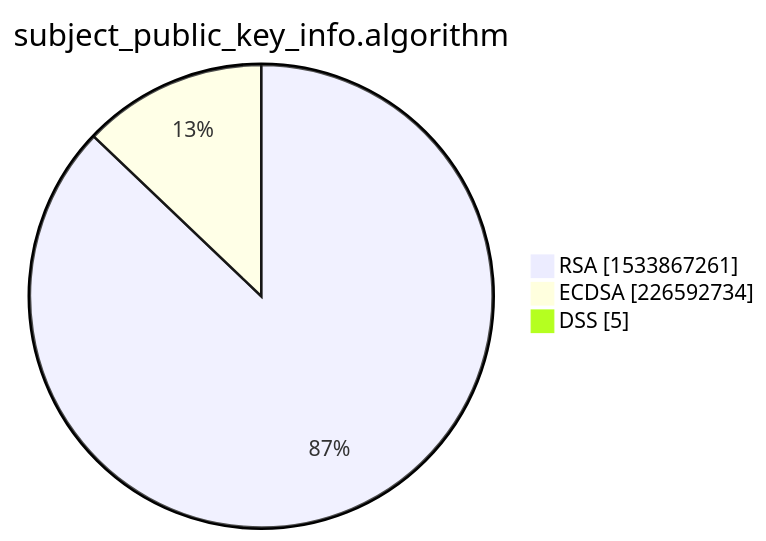
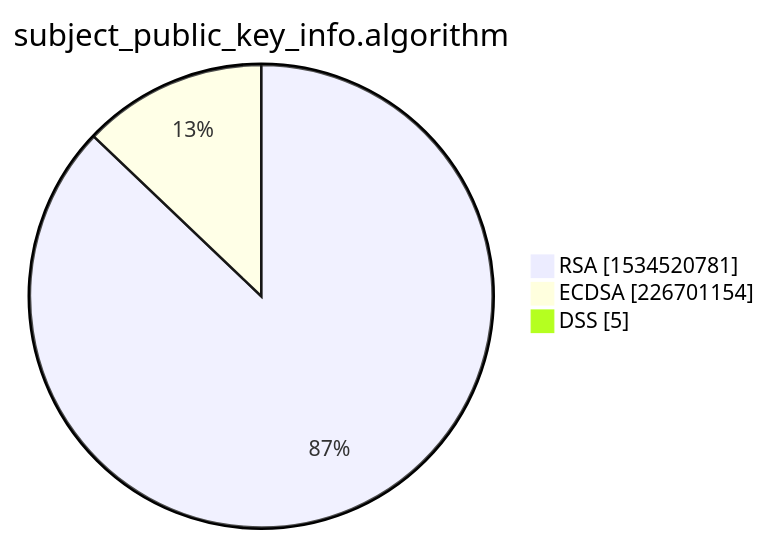
One commit to christiankrug/ctmonitor_visualization changed the third of 15 diagrams in xenon2022/README.md. Above: the diagram before and after it, drawn with Mermaid. The commit also changed other lines of this file, not shown here.

````diff
--- a/xenon2022/README.md
+++ b/xenon2022/README.md
@@ -14,7 +14,7 @@
 ```mermaid
 pie showData
 title subject_public_key_info.algorithm
-"RSA" :1533867261
-"ECDSA" :226592734
+"RSA" :1534520781
+"ECDSA" :226701154
 "DSS" :5
 ```
````
